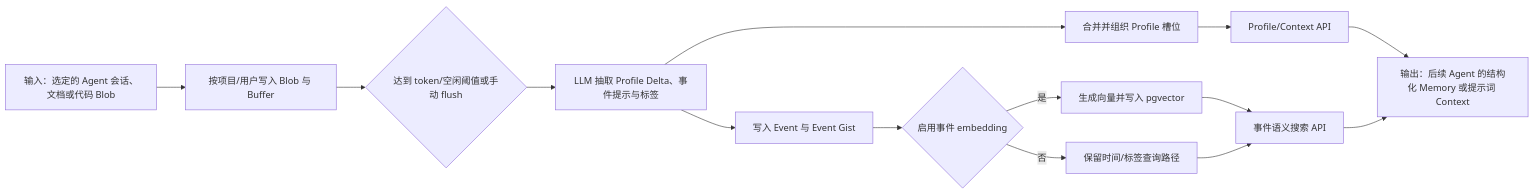
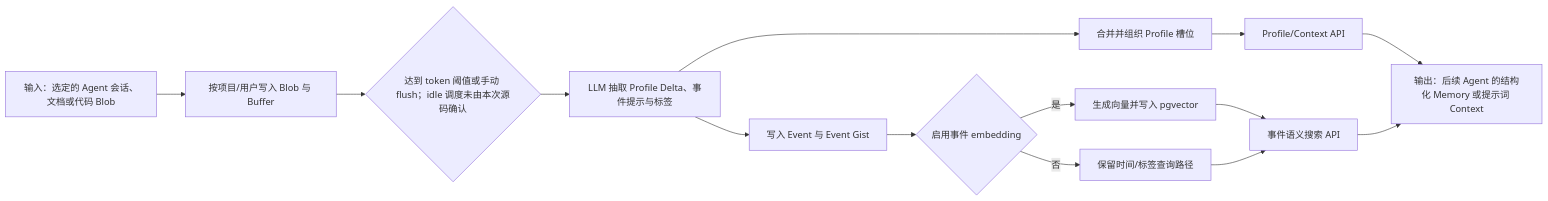
Before and after one commit to Fotally/fotally.github.io: the diagram in content/AI/开发会话与Memory/Memory/Memobase：以 Profile 与事件时间线构建可控用户 Memory.md, drawn with Mermaid. The commit also changed other lines of this file and 16 other files, not shown here.

````diff
--- a/content/AI/开发会话与Memory/Memory/Memobase：以 Profile 与事件时间线构建可控用户 Memory.md
+++ b/content/AI/开发会话与Memory/Memory/Memobase：以 Profile 与事件时间线构建可控用户 Memory.md
@@ -79,16 +79,16 @@
 ```mermaid
 flowchart LR
   A[输入：选定的 Agent 会话、文档或代码 Blob] --> B[按项目/用户写入 Blob 与 Buffer]
-  B --> C{达到 token/空闲阈值或手动 flush}
+  B --> C{达到 token 阈值或手动 flush；idle 调度未由本次源码确认}
   C --> D[LLM 抽取 Profile Delta、事件提示与标签]
   D --> E[合并并组织 Profile 槽位]
   D --> F[写入 Event 与 Event Gist]
   F --> G{启用事件 embedding}
   G -->|是| H[生成向量并写入 pgvector]
   G -->|否| I[保留时间/标签查询路径]
   E --> J[Profile/Context API]
   H --> K[事件语义搜索 API]
   I --> K
   J --> L[输出：后续 Agent 的结构化 Memory 或提示词 Context]
   K --> L
 ```
````
